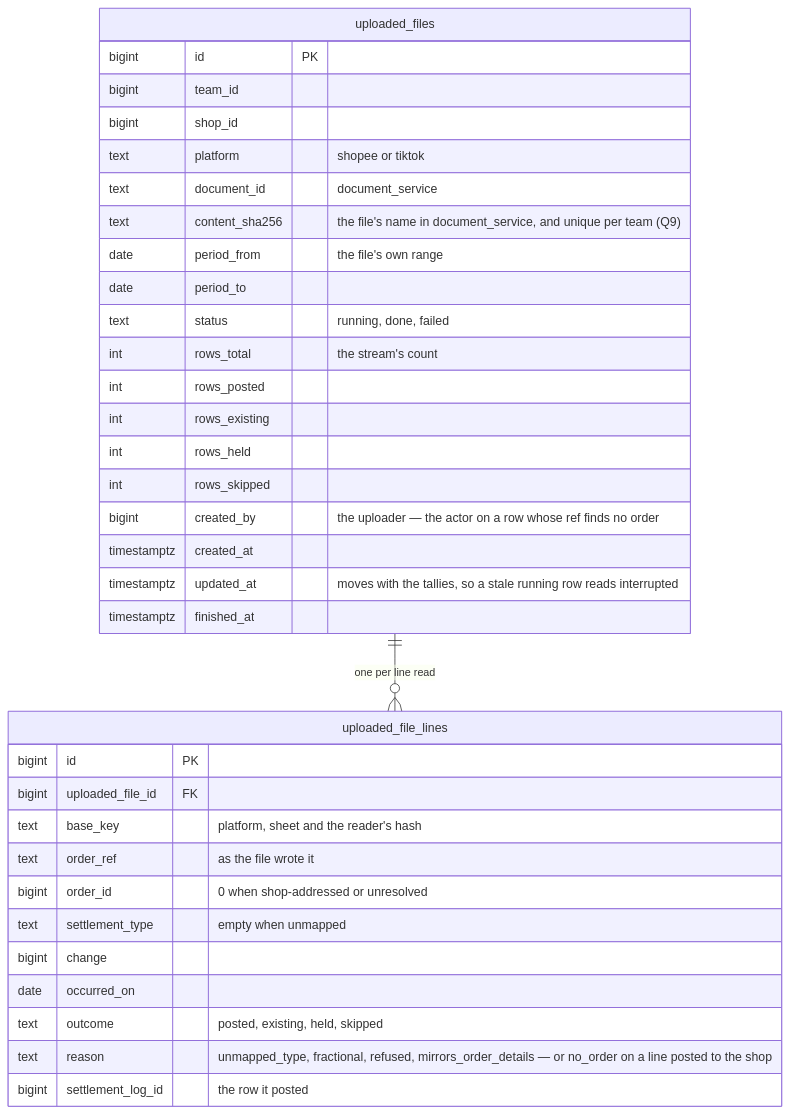
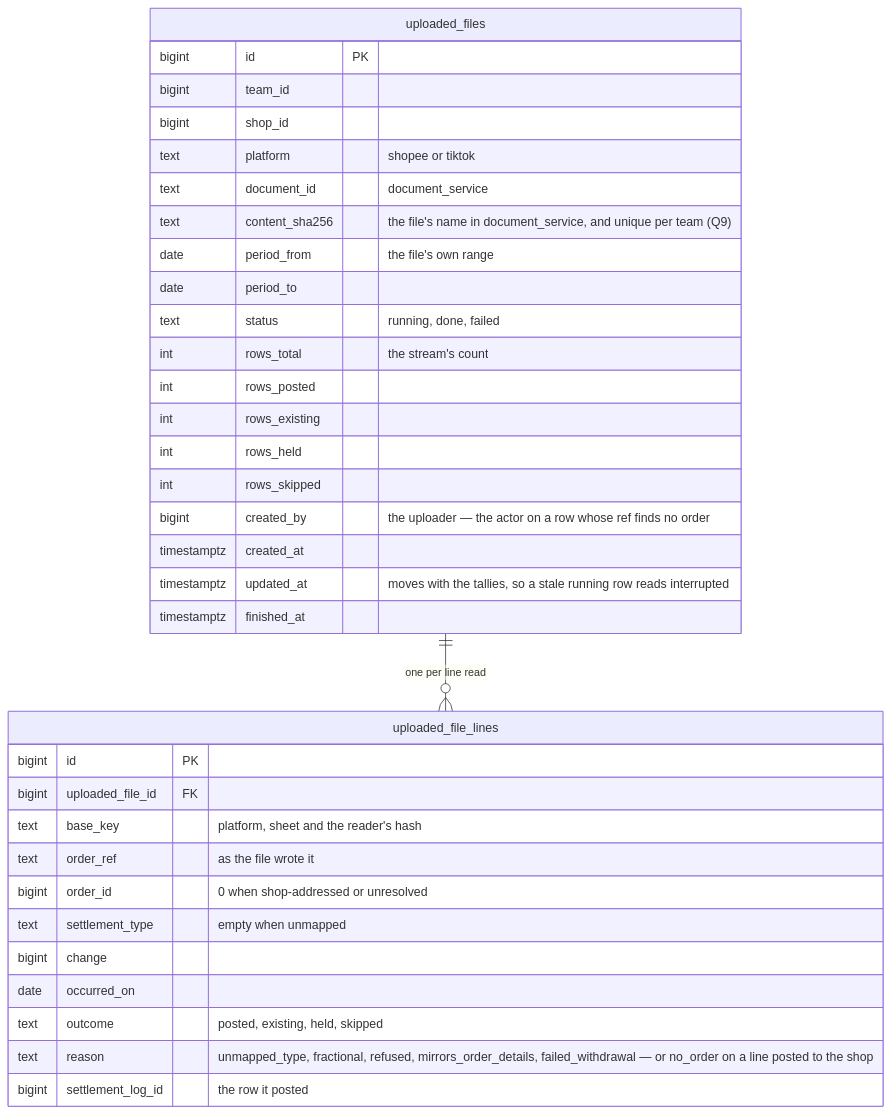
The fifth of 10 diagrams in docs/business/settlement/settlement_importer_clarify.md (pdcgo/warehouse_revamp), drawn with Mermaid before and after one commit. The commit also changed other lines of this file and 4 other files, not shown here.

````diff
--- a/docs/business/settlement/settlement_importer_clarify.md
+++ b/docs/business/settlement/settlement_importer_clarify.md
@@ -215,37 +213,37 @@
 ```mermaid
 erDiagram
   uploaded_files ||--o{ uploaded_file_lines : "one per line read"
   uploaded_files {
     bigint id PK
     bigint team_id
     bigint shop_id
     text platform "shopee or tiktok"
     text document_id "document_service"
     text content_sha256 "the file's name in document_service, and unique per team (Q9)"
     date period_from "the file's own range"
     date period_to
     text status "running, done, failed"
     int rows_total "the stream's count"
     int rows_posted
     int rows_existing
     int rows_held
     int rows_skipped
     bigint created_by "the uploader — the actor on a row whose ref finds no order"
     timestamptz created_at
     timestamptz updated_at "moves with the tallies, so a stale running row reads interrupted"
     timestamptz finished_at
   }
   uploaded_file_lines {
     bigint id PK
     bigint uploaded_file_id FK
     text base_key "platform, sheet and the reader's hash"
     text order_ref "as the file wrote it"
     bigint order_id "0 when shop-addressed or unresolved"
     text settlement_type "empty when unmapped"
     bigint change
     date occurred_on
     text outcome "posted, existing, held, skipped"
-    text reason "unmapped_type, fractional, refused, mirrors_order_details — or no_order on a line posted to the shop"
+    text reason "unmapped_type, fractional, refused, mirrors_order_details, failed_withdrawal — or no_order on a line posted to the shop"
     bigint settlement_log_id "the row it posted"
   }
 ```
````
